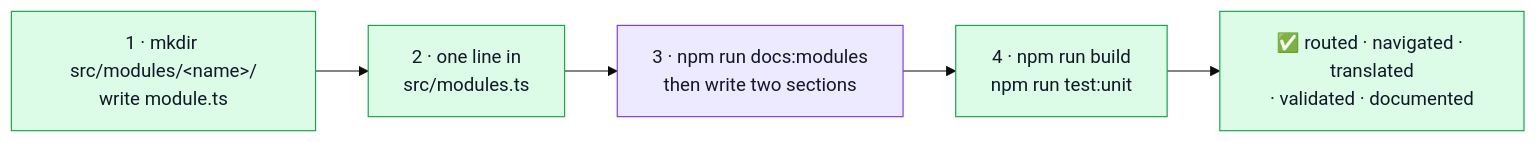
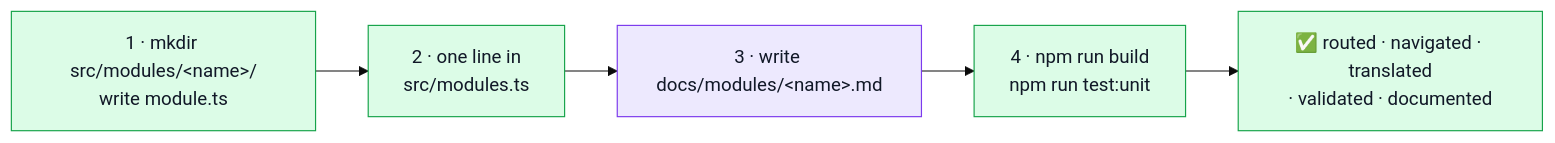
The second of 4 diagrams in docs/theory/module-lifecycle.md (Guebbit/boilerplate-vue-frontend), drawn with Mermaid (base theme) before and after one commit. The commit also changed other lines of this file and 30 other files, not shown here.

````diff
--- a/docs/theory/module-lifecycle.md
+++ b/docs/theory/module-lifecycle.md
@@ -53,12 +52,12 @@
 ```mermaid
 %%{init: {'flowchart': {'nodeSpacing': 40, 'rankSpacing': 45}}}%%
 flowchart LR
     A["1 · mkdir src/modules/&lt;name&gt;/<br/>write module.ts"] --> B["2 · one line in<br/>src/modules.ts"]
-    B --> P["3 · npm run docs:modules<br/>then write two sections"]
+    B --> P["3 · write docs/modules/&lt;name&gt;.md"]
     P --> C["4 · npm run build<br/>npm run test:unit"]
     C --> D["✅ routed · navigated · translated<br/>· validated · documented"]
     classDef s fill:#dcfce7,stroke:#16a34a,color:#111827;
     classDef d fill:#ede9fe,stroke:#7c3aed,color:#111827;
     class A,B,C,D s;
     class P d;
 ```
````
